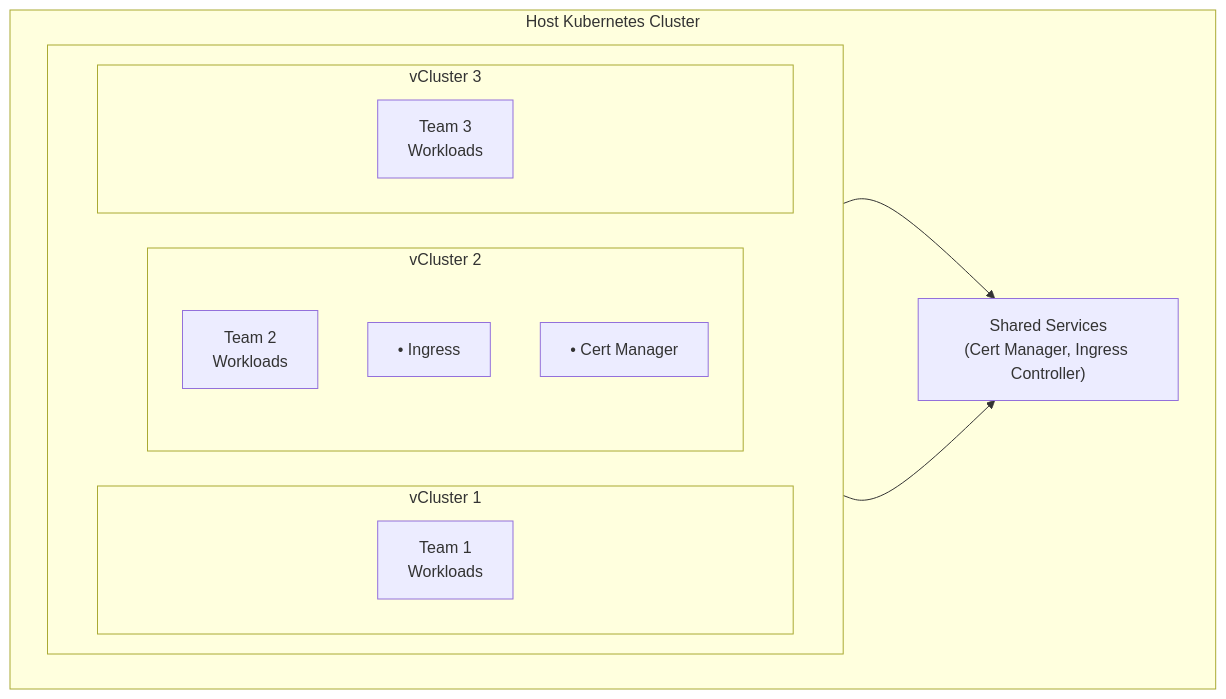
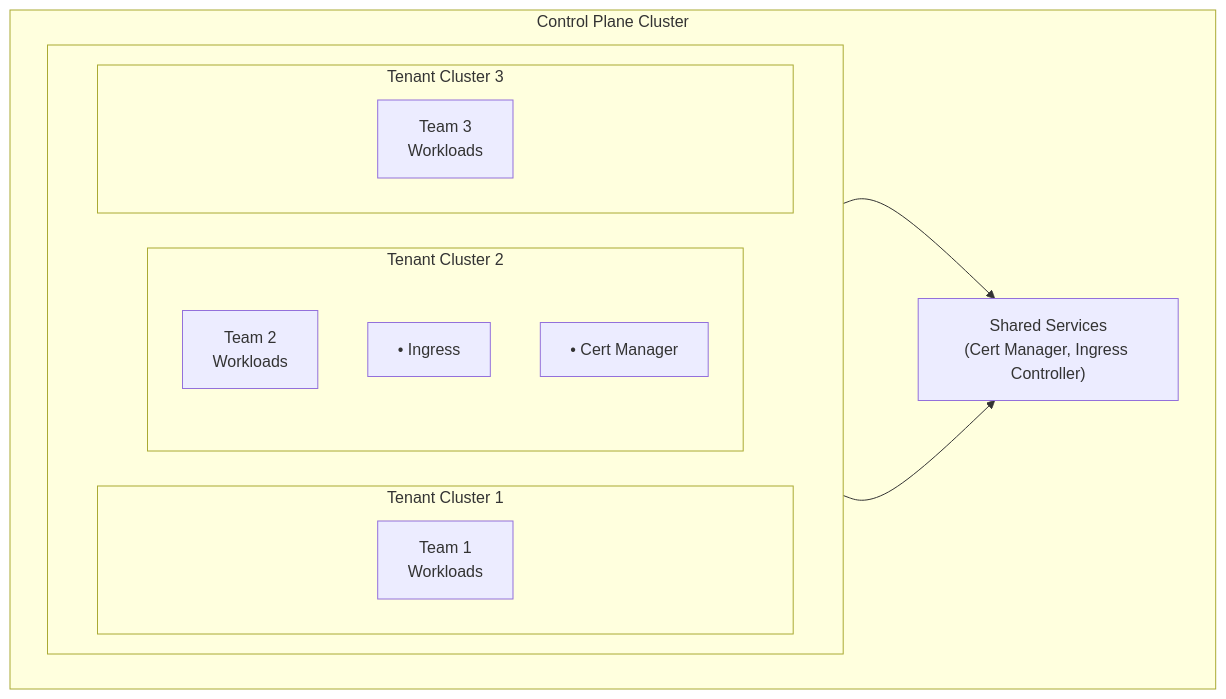
The diagram in _partials/what-is-vcluster.md (Piotr1215/youtube), drawn with Mermaid before and after one commit. The commit also changed 17 other files, not shown here.

````diff
--- a/_partials/what-is-vcluster.md
+++ b/_partials/what-is-vcluster.md
@@ -3,27 +3,27 @@
 ```mermaid +render
 flowchart TB
-    subgraph host["Host Kubernetes Cluster"]
+    subgraph host["Control Plane Cluster"]
         subgraph vclusters[" "]
             direction LR
-            subgraph vc1["vCluster 1"]
+            subgraph vc1["Tenant Cluster 1"]
                 W1["Team 1<br/>Workloads"]
             end
 
-            subgraph vc2["vCluster 2"]
+            subgraph vc2["Tenant Cluster 2"]
                 direction TB
                 W2["Team 2<br/>Workloads"]
                 Ingress2["• Ingress"]
                 CertManager2["• Cert Manager"]
             end
 
-            subgraph vc3["vCluster 3"]
+            subgraph vc3["Tenant Cluster 3"]
                 W3["Team 3<br/>Workloads"]
             end
         end
 
         Shared["Shared Services<br/>(Cert Manager, Ingress Controller)"]
     end
 
     W1 --> Shared
     W3 --> Shared
 ```
````
